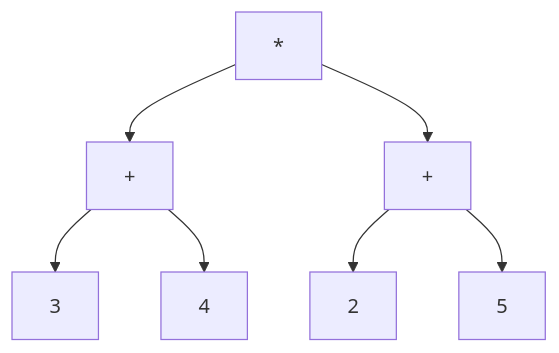
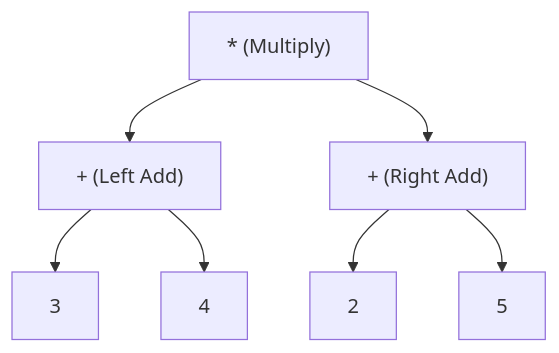
Before and after one commit to dip4k/DSA_102: the second of 2 diagrams in week_07_trees_and_balanced_search_trees/Week_07_Day_01_Binary_Trees_And_Traversals_Instructional.md, drawn with Mermaid. The commit also changed other lines of this file and 191 other files, not shown here.

````diff
--- a/week_07_trees_and_balanced_search_trees/Week_07_Day_01_Binary_Trees_And_Traversals_Instructional.md
+++ b/week_07_trees_and_balanced_search_trees/Week_07_Day_01_Binary_Trees_And_Traversals_Instructional.md
@@ -444,9 +321,9 @@
 ```mermaid
 flowchart TD
-    mul["*"] --> plus1["+"]
-    mul --> plus2["+"]
+    mul["* (Multiply)"] --> plus1["+ (Left Add)"]
+    mul --> plus2["+ (Right Add)"]
     plus1 --> n3["3"]
     plus1 --> n4["4"]
     plus2 --> n2["2"]
     plus2 --> n5["5"]
 ```
````
